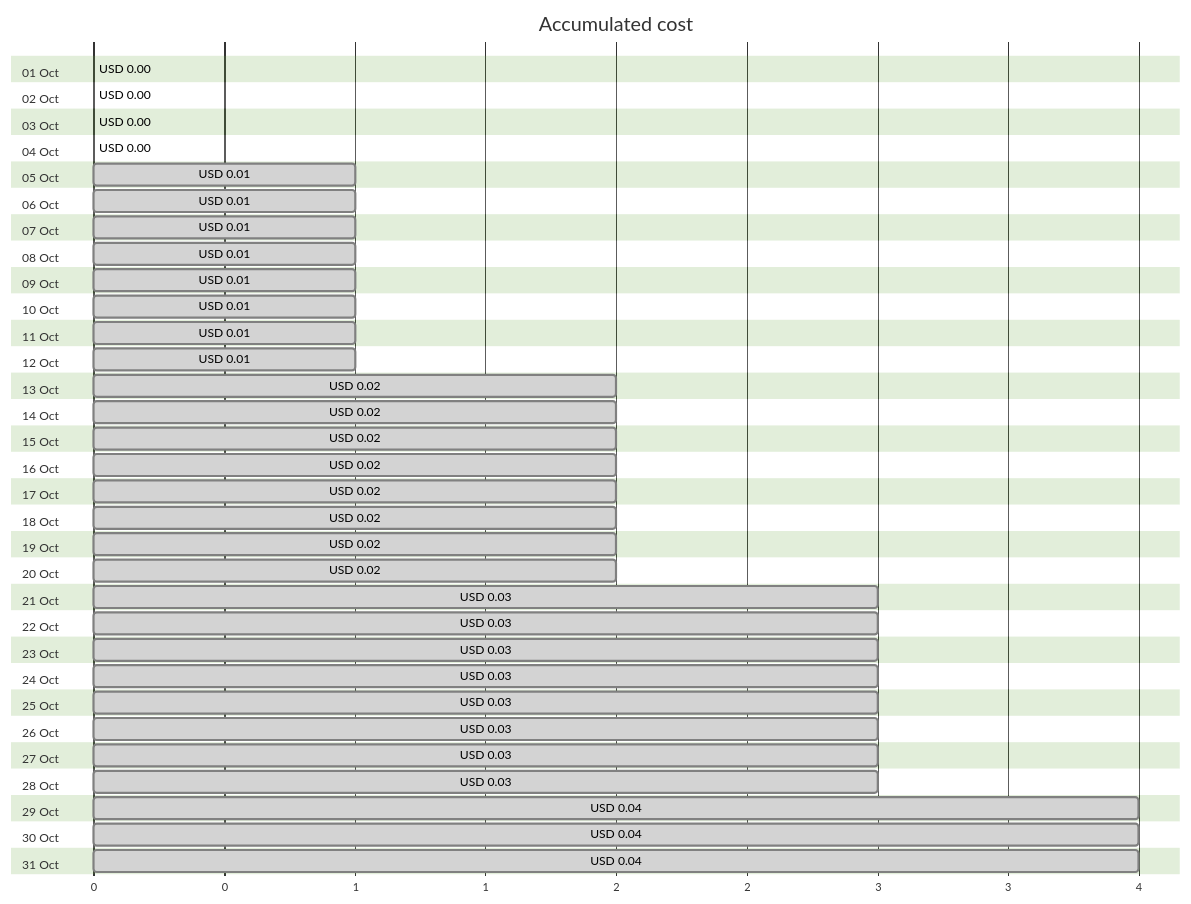
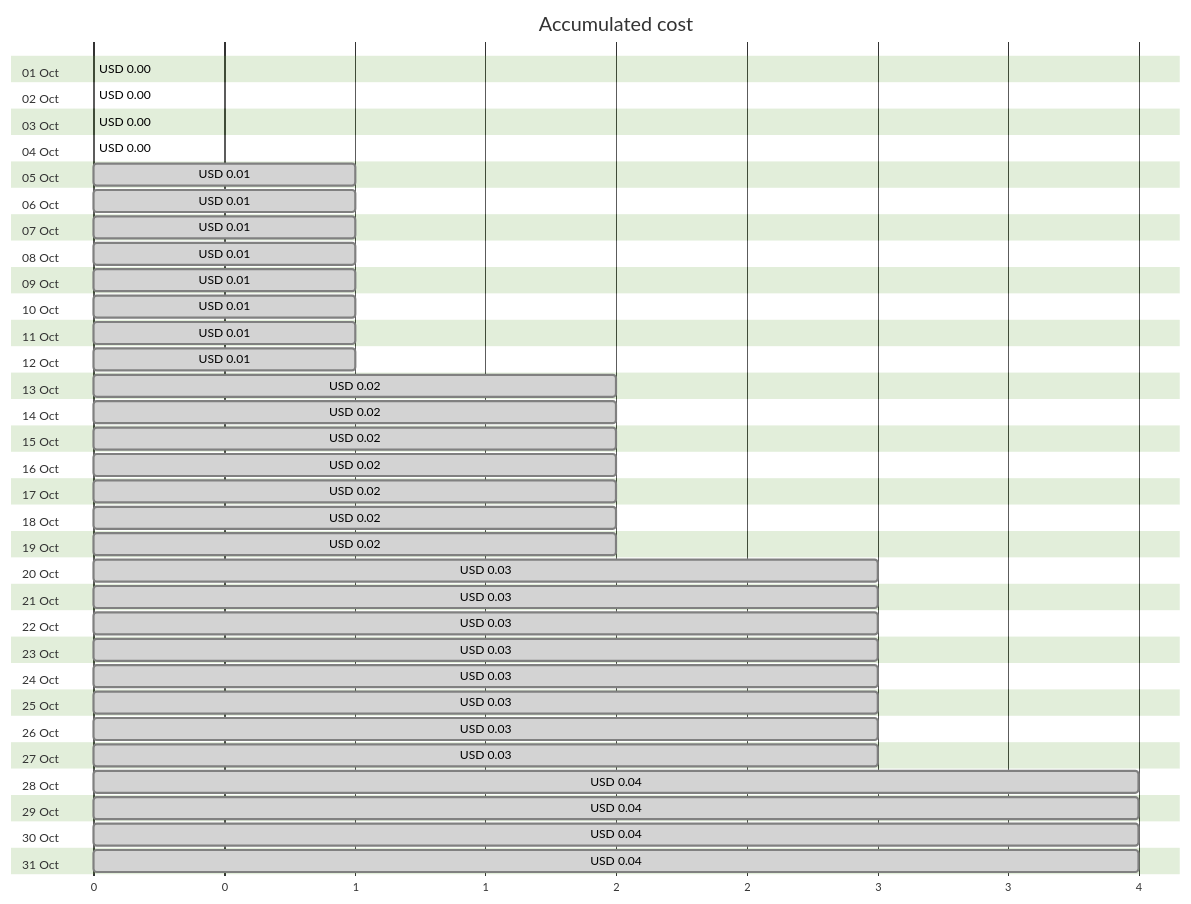
The first of 4 diagrams in cost-reports/personal-site/personalsiteapistorage.md (jpfulton/azure-personal-reports), drawn with Mermaid (forest theme) before and after one commit. The commit also changed other lines of this file and 7 other files, not shown here.

````diff
--- a/cost-reports/personal-site/personalsiteapistorage.md
+++ b/cost-reports/personal-site/personalsiteapistorage.md
@@ -20,68 +20,68 @@
 ```mermaid
 gantt
    title Accumulated cost
    dateFormat  X
    axisFormat %s
    section 01 Oct
    USD 0.00 :0, 0
    section 02 Oct
    USD 0.00 :0, 0
    section 03 Oct
-   USD 0.00 : done, 0, 0
+   USD 0.00 :0, 0
    section 04 Oct
    USD 0.00 : done, 0, 0
    section 05 Oct
    USD 0.01 : done, 0, 1
    section 06 Oct
    USD 0.01 : done, 0, 1
    section 07 Oct
    USD 0.01 : done, 0, 1
    section 08 Oct
    USD 0.01 : done, 0, 1
    section 09 Oct
    USD 0.01 : done, 0, 1
    section 10 Oct
    USD 0.01 : done, 0, 1
    section 11 Oct
    USD 0.01 : done, 0, 1
    section 12 Oct
    USD 0.01 : done, 0, 1
    section 13 Oct
    USD 0.02 : done, 0, 2
    section 14 Oct
    USD 0.02 : done, 0, 2
    section 15 Oct
    USD 0.02 : done, 0, 2
    section 16 Oct
    USD 0.02 : done, 0, 2
    section 17 Oct
    USD 0.02 : done, 0, 2
    section 18 Oct
    USD 0.02 : done, 0, 2
    section 19 Oct
    USD 0.02 : done, 0, 2
    section 20 Oct
-   USD 0.02 : done, 0, 2
+   USD 0.03 : done, 0, 3
    section 21 Oct
    USD 0.03 : done, 0, 3
    section 22 Oct
    USD 0.03 : done, 0, 3
    section 23 Oct
    USD 0.03 : done, 0, 3
    section 24 Oct
    USD 0.03 : done, 0, 3
    section 25 Oct
    USD 0.03 : done, 0, 3
    section 26 Oct
    USD 0.03 : done, 0, 3
    section 27 Oct
    USD 0.03 : done, 0, 3
    section 28 Oct
-   USD 0.03 : done, 0, 3
+   USD 0.04 : done, 0, 4
    section 29 Oct
    USD 0.04 : done, 0, 4
    section 30 Oct
    USD 0.04 : done, 0, 4
    section 31 Oct
    USD 0.04 : done, 0, 4
 ```
````
